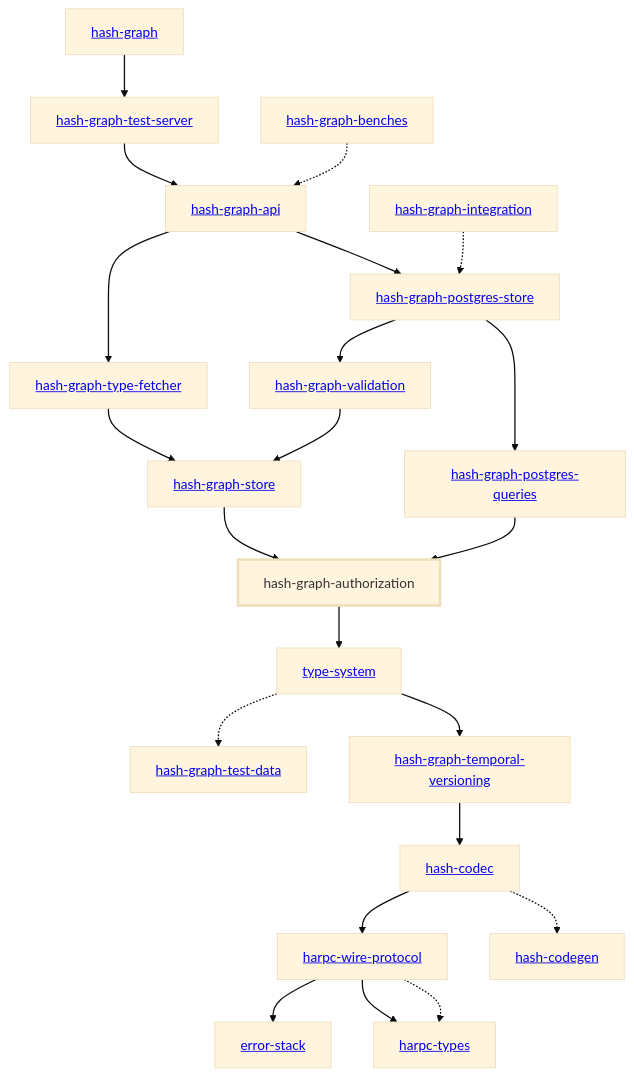
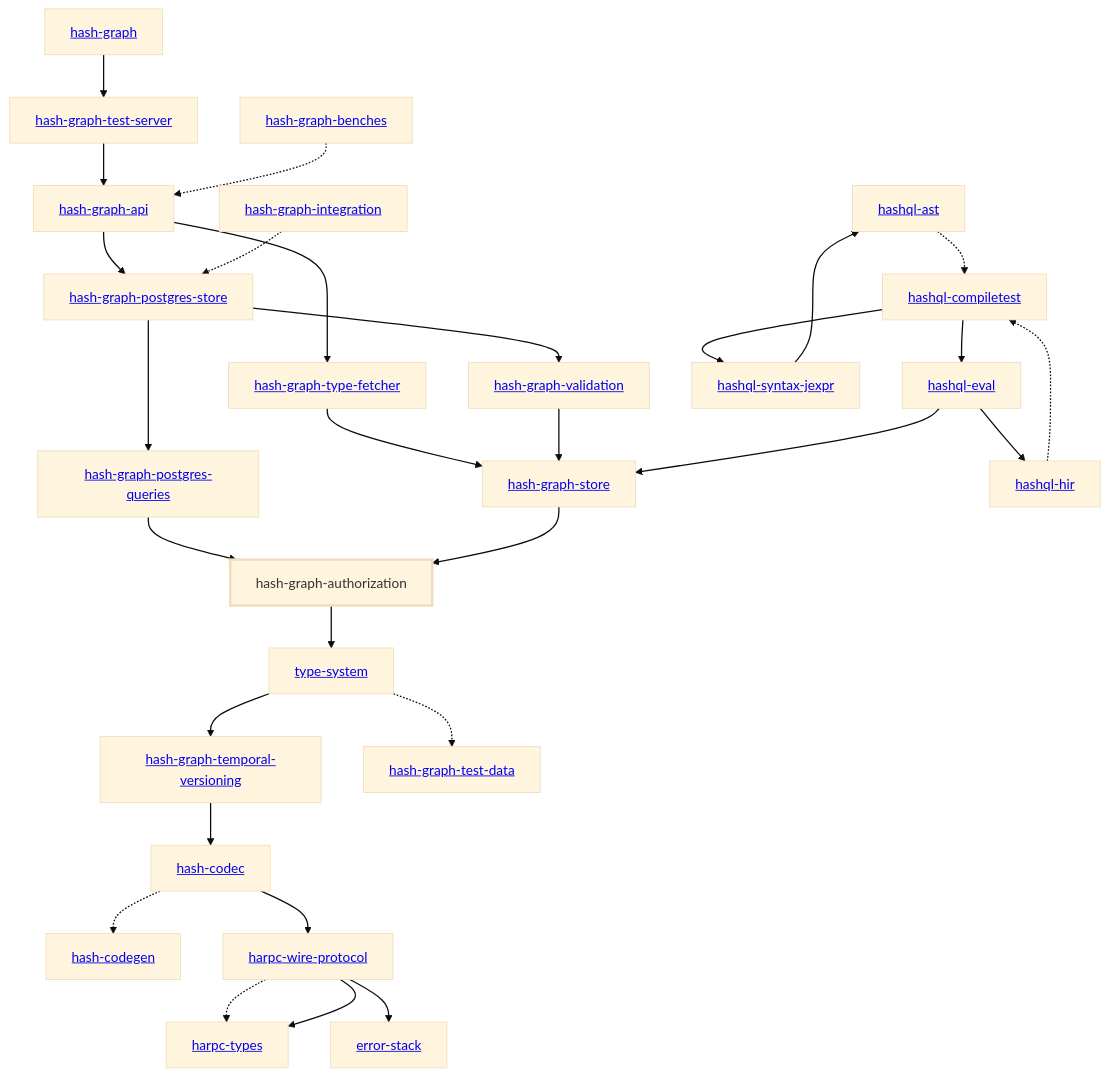
Before and after one commit to hashintel/hash: the diagram in libs/@local/graph/authorization/docs/dependency-diagram.mmd, drawn with Mermaid (base theme). The commit also changed 17 other files, not shown here.

Commit message:
chore: update dependency diagram

```diff
--- a/libs/@local/graph/authorization/docs/dependency-diagram.mmd
+++ b/libs/@local/graph/authorization/docs/dependency-diagram.mmd
@@ -1,51 +1,63 @@
 graph TD
     linkStyle default stroke-width:1.5px
     classDef default stroke-width:1px
     classDef root stroke-width:3px
     classDef dev stroke-width:1px
     classDef build stroke-width:1px
     %% Legend
     %% --> : Normal dependency
     %% -.-> : Dev dependency
     %% ---> : Build dependency
     0[<a href="../hash_graph">hash-graph</a>]
     1[<a href="../type_system">type-system</a>]
     2[<a href="../hash_codec">hash-codec</a>]
     3[<a href="../hash_codegen">hash-codegen</a>]
     4[<a href="../hash_graph_api">hash-graph-api</a>]
     5[hash-graph-authorization]
     class 5 root
     6[<a href="../hash_graph_postgres_queries">hash-graph-postgres-queries</a>]
     7[<a href="../hash_graph_postgres_store">hash-graph-postgres-store</a>]
     8[<a href="../hash_graph_store">hash-graph-store</a>]
     9[<a href="../hash_graph_temporal_versioning">hash-graph-temporal-versioning</a>]
     10[<a href="../hash_graph_test_server">hash-graph-test-server</a>]
     11[<a href="../hash_graph_type_fetcher">hash-graph-type-fetcher</a>]
     12[<a href="../hash_graph_validation">hash-graph-validation</a>]
     13[<a href="../harpc_types">harpc-types</a>]
     14[<a href="../harpc_wire_protocol">harpc-wire-protocol</a>]
-    15[<a href="../error_stack">error-stack</a>]
-    16[<a href="../hash_graph_benches">hash-graph-benches</a>]
-    17[<a href="../hash_graph_integration">hash-graph-integration</a>]
-    18[<a href="../hash_graph_test_data">hash-graph-test-data</a>]
+    15[<a href="../hashql_ast">hashql-ast</a>]
+    16[<a href="../hashql_compiletest">hashql-compiletest</a>]
+    17[<a href="../hashql_eval">hashql-eval</a>]
+    18[<a href="../hashql_hir">hashql-hir</a>]
+    19[<a href="../hashql_syntax_jexpr">hashql-syntax-jexpr</a>]
+    20[<a href="../error_stack">error-stack</a>]
+    21[<a href="../hash_graph_benches">hash-graph-benches</a>]
+    22[<a href="../hash_graph_integration">hash-graph-integration</a>]
+    23[<a href="../hash_graph_test_data">hash-graph-test-data</a>]
     0 --> 10
     1 --> 9
-    1 -.-> 18
+    1 -.-> 23
     2 -.-> 3
     2 --> 14
     4 --> 7
     4 --> 11
     5 --> 1
     6 --> 5
     7 --> 6
     7 --> 12
     8 --> 5
     9 --> 2
     10 --> 4
     11 --> 8
     12 --> 8
     14 -.-> 13
     14 --> 13
-    14 --> 15
-    16 -.-> 4
-    17 -.-> 7
+    14 --> 20
+    15 -.-> 16
+    16 --> 17
+    16 --> 19
+    17 --> 8
+    17 --> 18
+    18 -.-> 16
+    19 --> 15
+    21 -.-> 4
+    22 -.-> 7
```
